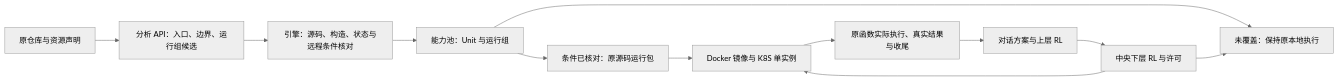
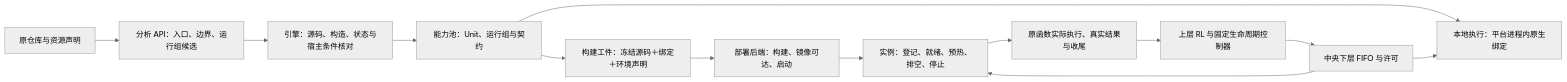
Before and after one commit to yufao/Seampact: the diagram in docs/运行组与K8S部署.md, drawn with Mermaid (neutral theme). The commit also changed other lines of this file and 29 other files, not shown here.

````diff
--- a/docs/运行组与K8S部署.md
+++ b/docs/运行组与K8S部署.md
@@ -9,14 +43,15 @@
 ```mermaid
 flowchart LR
   A[原仓库与资源声明] --> B[分析 API：入口、边界、运行组候选]
-  B --> C[引擎：源码、构造、状态与远程条件核对]
-  C --> D[能力池：Unit 与运行组]
-  D --> E[未覆盖：保持原本地执行]
-  D --> F[条件已核对：原源码运行包]
-  F --> G[Docker 镜像与 K8S 单实例]
-  H[对话方案与上层 RL] --> I[中央下层 RL 与许可]
+  B --> C[引擎：源码、构造、状态与宿主条件核对]
+  C --> D[能力池：Unit、运行组与契约]
+  D --> E[本地执行：平台进程内原生绑定]
+  D --> F[构建工件：冻结源码＋绑定＋环境声明]
+  F --> G[部署后端：构建、镜像可达、启动]
+  G --> K[实例：登记、就绪、预热、排空、停止]
+  H[上层 RL 与固定生命周期控制器] --> I[中央下层 FIFO 与许可]
   I --> E
-  I --> G
-  G --> J[原函数实际执行、真实结果与收尾]
+  I --> K
+  K --> J[原函数实际执行、真实结果与收尾]
   J --> H
 ```
````
